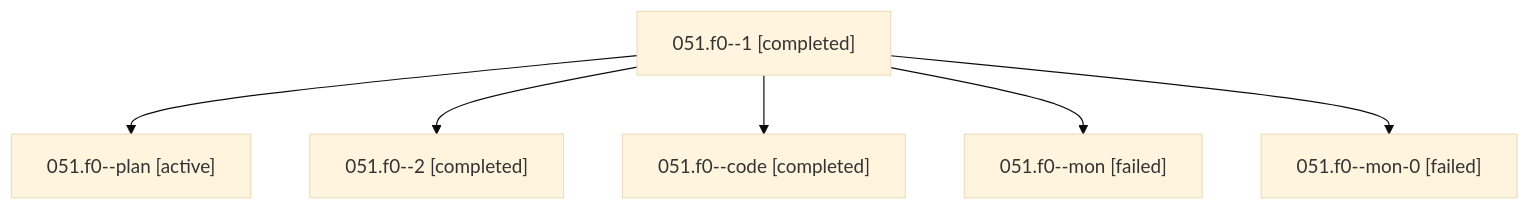
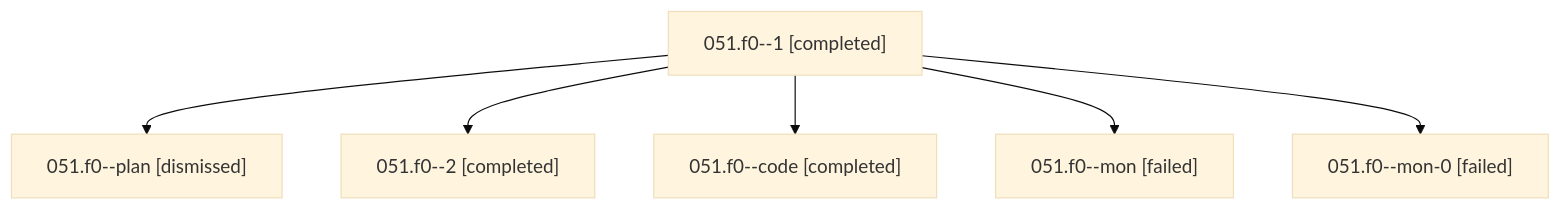
The diagram in sessions/bbugyi200.athena.051.f0.md (sase-org/sase--agents), drawn with Mermaid (base theme) before and after one commit. The commit also changed other lines of this file and 31 other files, not shown here.

````diff
--- a/sessions/bbugyi200.athena.051.f0.md
+++ b/sessions/bbugyi200.athena.051.f0.md
@@ -9,14 +9,14 @@
 ```mermaid
 flowchart TD
   n0["051.f0--1 [completed]"]
-  n1["051.f0--plan [active]"]
+  n1["051.f0--plan [dismissed]"]
   n0 --> n1
   n2["051.f0--2 [completed]"]
   n0 --> n2
   n3["051.f0--code [completed]"]
   n0 --> n3
   n4["051.f0--mon [failed]"]
   n0 --> n4
   n5["051.f0--mon-0 [failed]"]
   n0 --> n5
 ```
````
